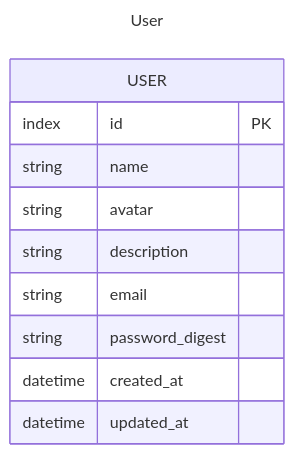
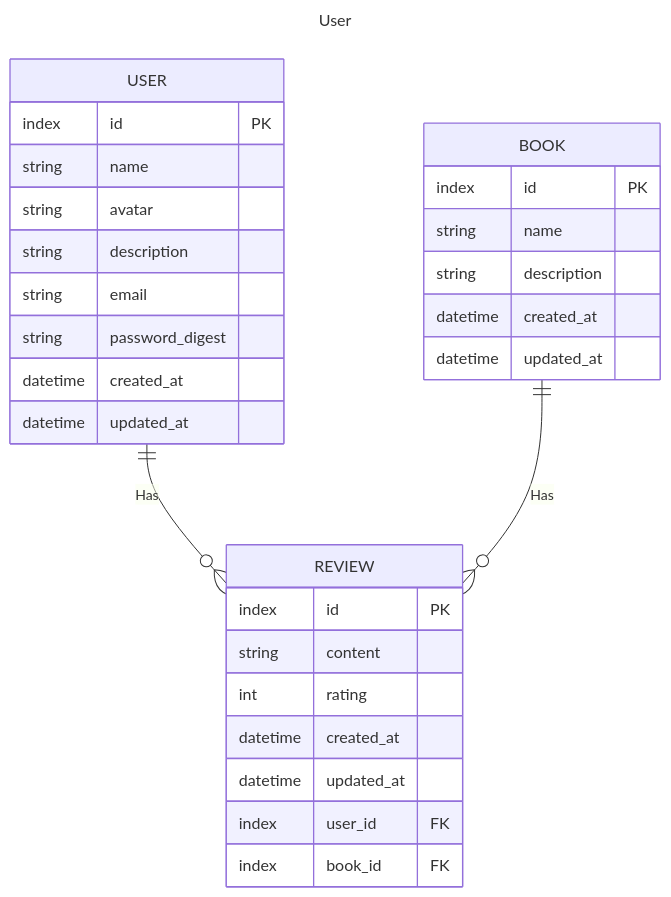
The diagram in doc/er.md (TakuyaTaniguchi/NestJS-Svelte), drawn with Mermaid before and after one commit.

Commit message:
update er

````diff
--- a/doc/er.md
+++ b/doc/er.md
@@ -1,17 +1,38 @@
 ```mermaid
 ---
 title: User
 ---
 erDiagram
     USER {
         index id PK
         string name
         string avatar
         string description
         string email
         string password_digest
         datetime created_at
         datetime updated_at
     }
 
+    BOOK {
+        index id PK
+        string name
+        string description
+        datetime created_at
+        datetime updated_at
+    }
+
+    REVIEW {
+        index id PK
+        string content
+        int rating
+        datetime created_at
+        datetime updated_at
+        index user_id FK
+        index book_id FK
+    }
+
+    USER ||--o{ REVIEW : "Has"
+    BOOK ||--o{ REVIEW : "Has"
+
 ```
````
